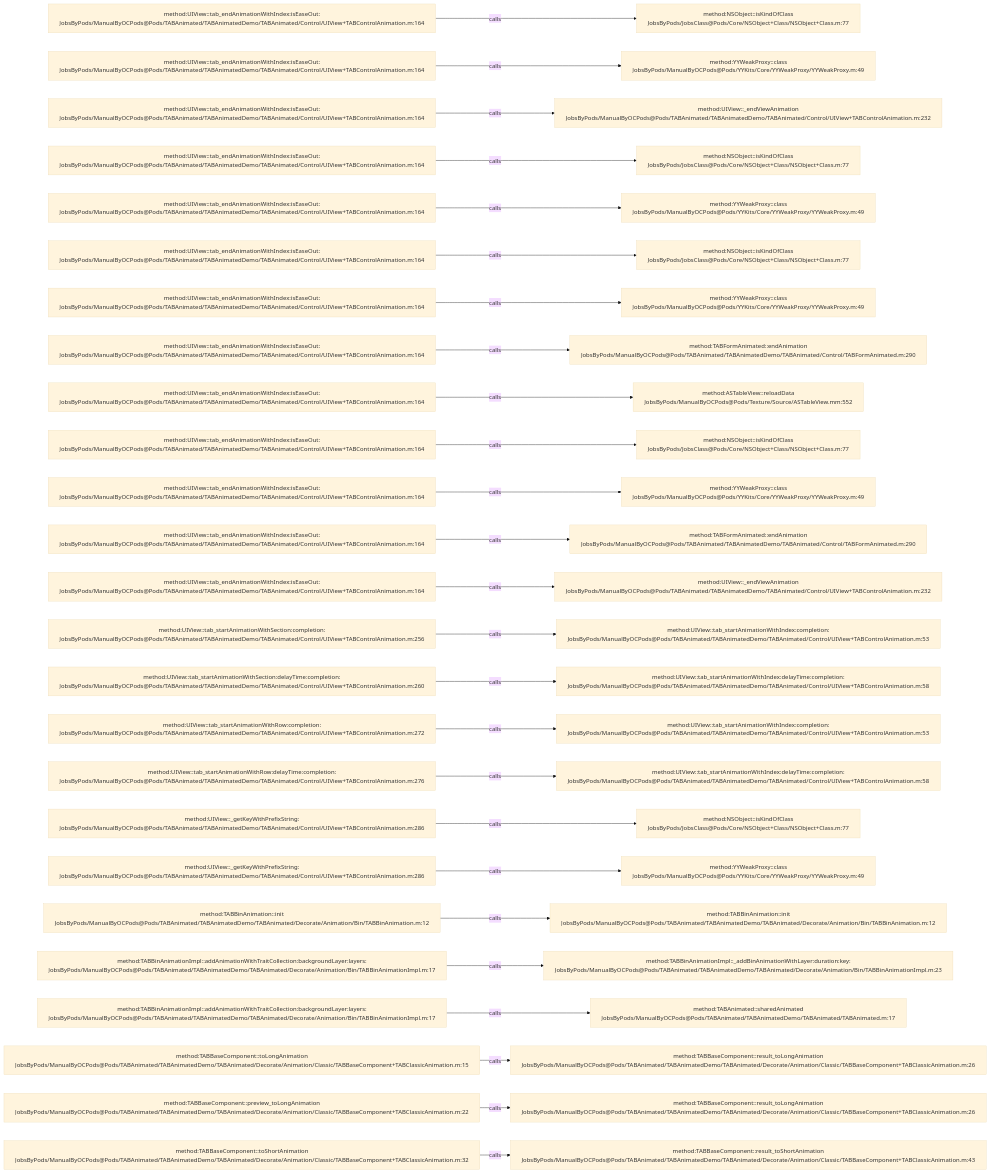
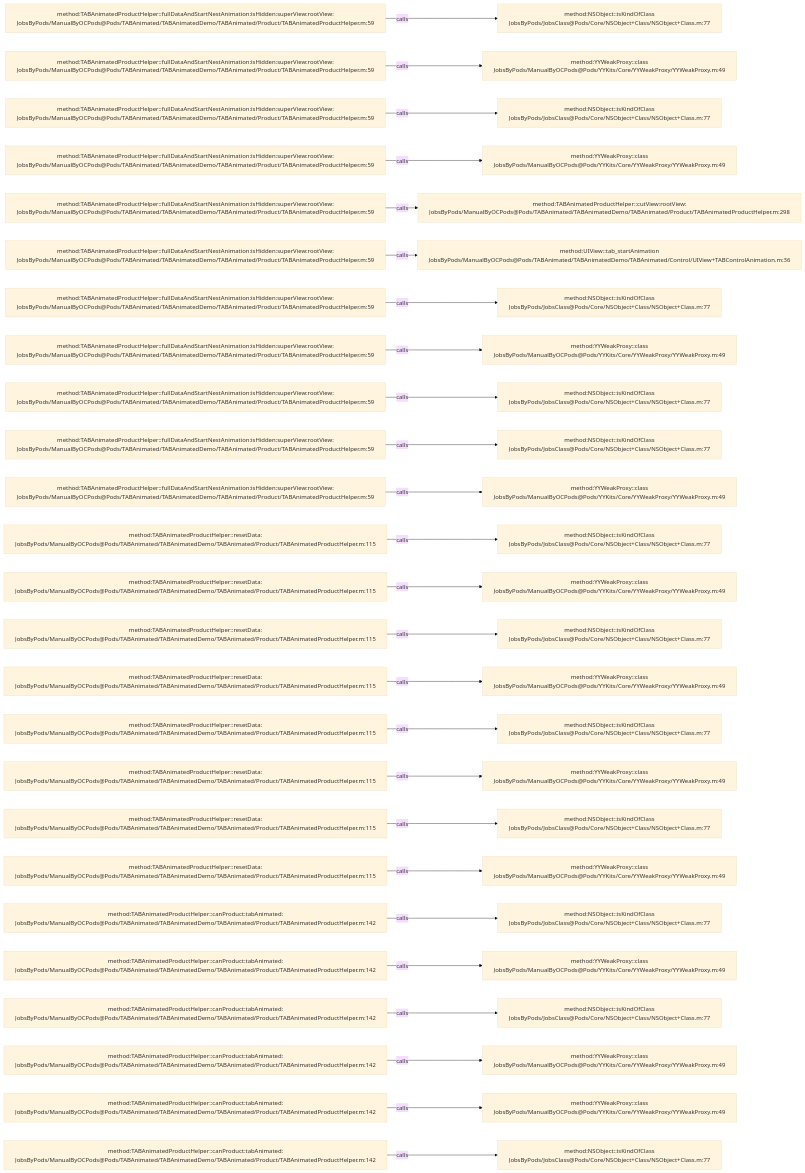
Before and after one commit to JobsKits/JobsOCBaseConfigDemo: the diagram in .codegraph/codegraph.md/graphs/calls-035.md, drawn with Mermaid (base theme). The commit also changed 1223 other files, not shown here.

````diff
--- a/.codegraph/codegraph.md/graphs/calls-035.md
+++ b/.codegraph/codegraph.md/graphs/calls-035.md
@@ -13,78 +13,78 @@
 ```mermaid
 flowchart LR
-  S1["method:UIView::tab_endAnimationWithIndex:isEaseOut:<br/>JobsByPods/ManualByOCPods@Pods/TABAnimated/TABAnimatedDemo/TABAnimated/Control/UIView+TABControlAnimation.m:164"]
+  S1["method:TABAnimatedProductHelper::fullDataAndStartNestAnimation:isHidden:superView:rootView:<br/>JobsByPods/ManualByOCPods@Pods/TABAnimated/TABAnimatedDemo/TABAnimated/Product/TABAnimatedProductHelper.m:59"]
   T1["method:NSObject::isKindOfClass<br/>JobsByPods/JobsClass@Pods/Core/NSObject+Class/NSObject+Class.m:77"]
   S1 -->|calls| T1
-  S2["method:UIView::tab_endAnimationWithIndex:isEaseOut:<br/>JobsByPods/ManualByOCPods@Pods/TABAnimated/TABAnimatedDemo/TABAnimated/Control/UIView+TABControlAnimation.m:164"]
+  S2["method:TABAnimatedProductHelper::fullDataAndStartNestAnimation:isHidden:superView:rootView:<br/>JobsByPods/ManualByOCPods@Pods/TABAnimated/TABAnimatedDemo/TABAnimated/Product/TABAnimatedProductHelper.m:59"]
   T2["method:YYWeakProxy::class<br/>JobsByPods/ManualByOCPods@Pods/YYKits/Core/YYWeakProxy/YYWeakProxy.m:49"]
   S2 -->|calls| T2
-  S3["method:UIView::tab_endAnimationWithIndex:isEaseOut:<br/>JobsByPods/ManualByOCPods@Pods/TABAnimated/TABAnimatedDemo/TABAnimated/Control/UIView+TABControlAnimation.m:164"]
-  T3["method:UIView::_endViewAnimation<br/>JobsByPods/ManualByOCPods@Pods/TABAnimated/TABAnimatedDemo/TABAnimated/Control/UIView+TABControlAnimation.m:232"]
+  S3["method:TABAnimatedProductHelper::fullDataAndStartNestAnimation:isHidden:superView:rootView:<br/>JobsByPods/ManualByOCPods@Pods/TABAnimated/TABAnimatedDemo/TABAnimated/Product/TABAnimatedProductHelper.m:59"]
+  T3["method:NSObject::isKindOfClass<br/>JobsByPods/JobsClass@Pods/Core/NSObject+Class/NSObject+Class.m:77"]
   S3 -->|calls| T3
-  S4["method:UIView::tab_endAnimationWithIndex:isEaseOut:<br/>JobsByPods/ManualByOCPods@Pods/TABAnimated/TABAnimatedDemo/TABAnimated/Control/UIView+TABControlAnimation.m:164"]
-  T4["method:NSObject::isKindOfClass<br/>JobsByPods/JobsClass@Pods/Core/NSObject+Class/NSObject+Class.m:77"]
+  S4["method:TABAnimatedProductHelper::fullDataAndStartNestAnimation:isHidden:superView:rootView:<br/>JobsByPods/ManualByOCPods@Pods/TABAnimated/TABAnimatedDemo/TABAnimated/Product/TABAnimatedProductHelper.m:59"]
+  T4["method:YYWeakProxy::class<br/>JobsByPods/ManualByOCPods@Pods/YYKits/Core/YYWeakProxy/YYWeakProxy.m:49"]
   S4 -->|calls| T4
-  S5["method:UIView::tab_endAnimationWithIndex:isEaseOut:<br/>JobsByPods/ManualByOCPods@Pods/TABAnimated/TABAnimatedDemo/TABAnimated/Control/UIView+TABControlAnimation.m:164"]
-  T5["method:YYWeakProxy::class<br/>JobsByPods/ManualByOCPods@Pods/YYKits/Core/YYWeakProxy/YYWeakProxy.m:49"]
+  S5["method:TABAnimatedProductHelper::fullDataAndStartNestAnimation:isHidden:superView:rootView:<br/>JobsByPods/ManualByOCPods@Pods/TABAnimated/TABAnimatedDemo/TABAnimated/Product/TABAnimatedProductHelper.m:59"]
+  T5["method:TABAnimatedProductHelper::cutView:rootView:<br/>JobsByPods/ManualByOCPods@Pods/TABAnimated/TABAnimatedDemo/TABAnimated/Product/TABAnimatedProductHelper.m:298"]
   S5 -->|calls| T5
-  S6["method:UIView::tab_endAnimationWithIndex:isEaseOut:<br/>JobsByPods/ManualByOCPods@Pods/TABAnimated/TABAnimatedDemo/TABAnimated/Control/UIView+TABControlAnimation.m:164"]
-  T6["method:NSObject::isKindOfClass<br/>JobsByPods/JobsClass@Pods/Core/NSObject+Class/NSObject+Class.m:77"]
+  S6["method:TABAnimatedProductHelper::fullDataAndStartNestAnimation:isHidden:superView:rootView:<br/>JobsByPods/ManualByOCPods@Pods/TABAnimated/TABAnimatedDemo/TABAnimated/Product/TABAnimatedProductHelper.m:59"]
+  T6["method:UIView::tab_startAnimation<br/>JobsByPods/ManualByOCPods@Pods/TABAnimated/TABAnimatedDemo/TABAnimated/Control/UIView+TABControlAnimation.m:36"]
   S6 -->|calls| T6
-  S7["method:UIView::tab_endAnimationWithIndex:isEaseOut:<br/>JobsByPods/ManualByOCPods@Pods/TABAnimated/TABAnimatedDemo/TABAnimated/Control/UIView+TABControlAnimation.m:164"]
-  T7["method:YYWeakProxy::class<br/>JobsByPods/ManualByOCPods@Pods/YYKits/Core/YYWeakProxy/YYWeakProxy.m:49"]
+  S7["method:TABAnimatedProductHelper::fullDataAndStartNestAnimation:isHidden:superView:rootView:<br/>JobsByPods/ManualByOCPods@Pods/TABAnimated/TABAnimatedDemo/TABAnimated/Product/TABAnimatedProductHelper.m:59"]
+  T7["method:NSObject::isKindOfClass<br/>JobsByPods/JobsClass@Pods/Core/NSObject+Class/NSObject+Class.m:77"]
   S7 -->|calls| T7
-  S8["method:UIView::tab_endAnimationWithIndex:isEaseOut:<br/>JobsByPods/ManualByOCPods@Pods/TABAnimated/TABAnimatedDemo/TABAnimated/Control/UIView+TABControlAnimation.m:164"]
-  T8["method:TABFormAnimated::endAnimation<br/>JobsByPods/ManualByOCPods@Pods/TABAnimated/TABAnimatedDemo/TABAnimated/Control/TABFormAnimated.m:290"]
+  S8["method:TABAnimatedProductHelper::fullDataAndStartNestAnimation:isHidden:superView:rootView:<br/>JobsByPods/ManualByOCPods@Pods/TABAnimated/TABAnimatedDemo/TABAnimated/Product/TABAnimatedProductHelper.m:59"]
+  T8["method:YYWeakProxy::class<br/>JobsByPods/ManualByOCPods@Pods/YYKits/Core/YYWeakProxy/YYWeakProxy.m:49"]
   S8 -->|calls| T8
-  S9["method:UIView::tab_endAnimationWithIndex:isEaseOut:<br/>JobsByPods/ManualByOCPods@Pods/TABAnimated/TABAnimatedDemo/TABAnimated/Control/UIView+TABControlAnimation.m:164"]
-  T9["method:ASTableView::reloadData<br/>JobsByPods/ManualByOCPods@Pods/Texture/Source/ASTableView.mm:552"]
+  S9["method:TABAnimatedProductHelper::fullDataAndStartNestAnimation:isHidden:superView:rootView:<br/>JobsByPods/ManualByOCPods@Pods/TABAnimated/TABAnimatedDemo/TABAnimated/Product/TABAnimatedProductHelper.m:59"]
+  T9["method:NSObject::isKindOfClass<br/>JobsByPods/JobsClass@Pods/Core/NSObject+Class/NSObject+Class.m:77"]
   S9 -->|calls| T9
-  S10["method:UIView::tab_endAnimationWithIndex:isEaseOut:<br/>JobsByPods/ManualByOCPods@Pods/TABAnimated/TABAnimatedDemo/TABAnimated/Control/UIView+TABControlAnimation.m:164"]
+  S10["method:TABAnimatedProductHelper::fullDataAndStartNestAnimation:isHidden:superView:rootView:<br/>JobsByPods/ManualByOCPods@Pods/TABAnimated/TABAnimatedDemo/TABAnimated/Product/TABAnimatedProductHelper.m:59"]
   T10["method:NSObject::isKindOfClass<br/>JobsByPods/JobsClass@Pods/Core/NSObject+Class/NSObject+Class.m:77"]
   S10 -->|calls| T10
-  S11["method:UIView::tab_endAnimationWithIndex:isEaseOut:<br/>JobsByPods/ManualByOCPods@Pods/TABAnimated/TABAnimatedDemo/TABAnimated/Control/UIView+TABControlAnimation.m:164"]
+  S11["method:TABAnimatedProductHelper::fullDataAndStartNestAnimation:isHidden:superView:rootView:<br/>JobsByPods/ManualByOCPods@Pods/TABAnimated/TABAnimatedDemo/TABAnimated/Product/TABAnimatedProductHelper.m:59"]
   T11["method:YYWeakProxy::class<br/>JobsByPods/ManualByOCPods@Pods/YYKits/Core/YYWeakProxy/YYWeakProxy.m:49"]
   S11 -->|calls| T11
-  S12["method:UIView::tab_endAnimationWithIndex:isEaseOut:<br/>JobsByPods/ManualByOCPods@Pods/TABAnimated/TABAnimatedDemo/TABAnimated/Control/UIView+TABControlAnimation.m:164"]
-  T12["method:TABFormAnimated::endAnimation<br/>JobsByPods/ManualByOCPods@Pods/TABAnimated/TABAnimatedDemo/TABAnimated/Control/TABFormAnimated.m:290"]
+  S12["method:TABAnimatedProductHelper::resetData:<br/>JobsByPods/ManualByOCPods@Pods/TABAnimated/TABAnimatedDemo/TABAnimated/Product/TABAnimatedProductHelper.m:115"]
+  T12["method:NSObject::isKindOfClass<br/>JobsByPods/JobsClass@Pods/Core/NSObject+Class/NSObject+Class.m:77"]
   S12 -->|calls| T12
-  S13["method:UIView::tab_endAnimationWithIndex:isEaseOut:<br/>JobsByPods/ManualByOCPods@Pods/TABAnimated/TABAnimatedDemo/TABAnimated/Control/UIView+TABControlAnimation.m:164"]
-  T13["method:UIView::_endViewAnimation<br/>JobsByPods/ManualByOCPods@Pods/TABAnimated/TABAnimatedDemo/TABAnimated/Control/UIView+TABControlAnimation.m:232"]
+  S13["method:TABAnimatedProductHelper::resetData:<br/>JobsByPods/ManualByOCPods@Pods/TABAnimated/TABAnimatedDemo/TABAnimated/Product/TABAnimatedProductHelper.m:115"]
+  T13["method:YYWeakProxy::class<br/>JobsByPods/ManualByOCPods@Pods/YYKits/Core/YYWeakProxy/YYWeakProxy.m:49"]
   S13 -->|calls| T13
-  S14["method:UIView::tab_startAnimationWithSection:completion:<br/>JobsByPods/ManualByOCPods@Pods/TABAnimated/TABAnimatedDemo/TABAnimated/Control/UIView+TABControlAnimation.m:256"]
-  T14["method:UIView::tab_startAnimationWithIndex:completion:<br/>JobsByPods/ManualByOCPods@Pods/TABAnimated/TABAnimatedDemo/TABAnimated/Control/UIView+TABControlAnimation.m:53"]
+  S14["method:TABAnimatedProductHelper::resetData:<br/>JobsByPods/ManualByOCPods@Pods/TABAnimated/TABAnimatedDemo/TABAnimated/Product/TABAnimatedProductHelper.m:115"]
+  T14["method:NSObject::isKindOfClass<br/>JobsByPods/JobsClass@Pods/Core/NSObject+Class/NSObject+Class.m:77"]
   S14 -->|calls| T14
-  S15["method:UIView::tab_startAnimationWithSection:delayTime:completion:<br/>JobsByPods/ManualByOCPods@Pods/TABAnimated/TABAnimatedDemo/TABAnimated/Control/UIView+TABControlAnimation.m:260"]
-  T15["method:UIView::tab_startAnimationWithIndex:delayTime:completion:<br/>JobsByPods/ManualByOCPods@Pods/TABAnimated/TABAnimatedDemo/TABAnimated/Control/UIView+TABControlAnimation.m:58"]
+  S15["method:TABAnimatedProductHelper::resetData:<br/>JobsByPods/ManualByOCPods@Pods/TABAnimated/TABAnimatedDemo/TABAnimated/Product/TABAnimatedProductHelper.m:115"]
+  T15["method:YYWeakProxy::class<br/>JobsByPods/ManualByOCPods@Pods/YYKits/Core/YYWeakProxy/YYWeakProxy.m:49"]
   S15 -->|calls| T15
-  S16["method:UIView::tab_startAnimationWithRow:completion:<br/>JobsByPods/ManualByOCPods@Pods/TABAnimated/TABAnimatedDemo/TABAnimated/Control/UIView+TABControlAnimation.m:272"]
-  T16["method:UIView::tab_startAnimationWithIndex:completion:<br/>JobsByPods/ManualByOCPods@Pods/TABAnimated/TABAnimatedDemo/TABAnimated/Control/UIView+TABControlAnimation.m:53"]
+  S16["method:TABAnimatedProductHelper::resetData:<br/>JobsByPods/ManualByOCPods@Pods/TABAnimated/TABAnimatedDemo/TABAnimated/Product/TABAnimatedProductHelper.m:115"]
+  T16["method:NSObject::isKindOfClass<br/>JobsByPods/JobsClass@Pods/Core/NSObject+Class/NSObject+Class.m:77"]
   S16 -->|calls| T16
-  S17["method:UIView::tab_startAnimationWithRow:delayTime:completion:<br/>JobsByPods/ManualByOCPods@Pods/TABAnimated/TABAnimatedDemo/TABAnimated/Control/UIView+TABControlAnimation.m:276"]
-  T17["method:UIView::tab_startAnimationWithIndex:delayTime:completion:<br/>JobsByPods/ManualByOCPods@Pods/TABAnimated/TABAnimatedDemo/TABAnimated/Control/UIView+TABControlAnimation.m:58"]
+  S17["method:TABAnimatedProductHelper::resetData:<br/>JobsByPods/ManualByOCPods@Pods/TABAnimated/TABAnimatedDemo/TABAnimated/Product/TABAnimatedProductHelper.m:115"]
+  T17["method:YYWeakProxy::class<br/>JobsByPods/ManualByOCPods@Pods/YYKits/Core/YYWeakProxy/YYWeakProxy.m:49"]
   S17 -->|calls| T17
-  S18["method:UIView::_getKeyWithPrefixString:<br/>JobsByPods/ManualByOCPods@Pods/TABAnimated/TABAnimatedDemo/TABAnimated/Control/UIView+TABControlAnimation.m:286"]
+  S18["method:TABAnimatedProductHelper::resetData:<br/>JobsByPods/ManualByOCPods@Pods/TABAnimated/TABAnimatedDemo/TABAnimated/Product/TABAnimatedProductHelper.m:115"]
   T18["method:NSObject::isKindOfClass<br/>JobsByPods/JobsClass@Pods/Core/NSObject+Class/NSObject+Class.m:77"]
   S18 -->|calls| T18
-  S19["method:UIView::_getKeyWithPrefixString:<br/>JobsByPods/ManualByOCPods@Pods/TABAnimated/TABAnimatedDemo/TABAnimated/Control/UIView+TABControlAnimation.m:286"]
+  S19["method:TABAnimatedProductHelper::resetData:<br/>JobsByPods/ManualByOCPods@Pods/TABAnimated/TABAnimatedDemo/TABAnimated/Product/TABAnimatedProductHelper.m:115"]
   T19["method:YYWeakProxy::class<br/>JobsByPods/ManualByOCPods@Pods/YYKits/Core/YYWeakProxy/YYWeakProxy.m:49"]
   S19 -->|calls| T19
-  S20["method:TABBinAnimation::init<br/>JobsByPods/ManualByOCPods@Pods/TABAnimated/TABAnimatedDemo/TABAnimated/Decorate/Animation/Bin/TABBinAnimation.m:12"]
-  T20["method:TABBinAnimation::init<br/>JobsByPods/ManualByOCPods@Pods/TABAnimated/TABAnimatedDemo/TABAnimated/Decorate/Animation/Bin/TABBinAnimation.m:12"]
+  S20["method:TABAnimatedProductHelper::canProduct:tabAnimated:<br/>JobsByPods/ManualByOCPods@Pods/TABAnimated/TABAnimatedDemo/TABAnimated/Product/TABAnimatedProductHelper.m:142"]
+  T20["method:NSObject::isKindOfClass<br/>JobsByPods/JobsClass@Pods/Core/NSObject+Class/NSObject+Class.m:77"]
   S20 -->|calls| T20
-  S21["method:TABBinAnimationImpl::addAnimationWithTraitCollection:backgroundLayer:layers:<br/>JobsByPods/ManualByOCPods@Pods/TABAnimated/TABAnimatedDemo/TABAnimated/Decorate/Animation/Bin/TABBinAnimationImpl.m:17"]
-  T21["method:TABBinAnimationImpl::_addBinAnimationWithLayer:duration:key:<br/>JobsByPods/ManualByOCPods@Pods/TABAnimated/TABAnimatedDemo/TABAnimated/Decorate/Animation/Bin/TABBinAnimationImpl.m:23"]
+  S21["method:TABAnimatedProductHelper::canProduct:tabAnimated:<br/>JobsByPods/ManualByOCPods@Pods/TABAnimated/TABAnimatedDemo/TABAnimated/Product/TABAnimatedProductHelper.m:142"]
+  T21["method:YYWeakProxy::class<br/>JobsByPods/ManualByOCPods@Pods/YYKits/Core/YYWeakProxy/YYWeakProxy.m:49"]
   S21 -->|calls| T21
-  S22["method:TABBinAnimationImpl::addAnimationWithTraitCollection:backgroundLayer:layers:<br/>JobsByPods/ManualByOCPods@Pods/TABAnimated/TABAnimatedDemo/TABAnimated/Decorate/Animation/Bin/TABBinAnimationImpl.m:17"]
-  T22["method:TABAnimated::sharedAnimated<br/>JobsByPods/ManualByOCPods@Pods/TABAnimated/TABAnimatedDemo/TABAnimated/TABAnimated.m:17"]
+  S22["method:TABAnimatedProductHelper::canProduct:tabAnimated:<br/>JobsByPods/ManualByOCPods@Pods/TABAnimated/TABAnimatedDemo/TABAnimated/Product/TABAnimatedProductHelper.m:142"]
+  T22["method:NSObject::isKindOfClass<br/>JobsByPods/JobsClass@Pods/Core/NSObject+Class/NSObject+Class.m:77"]
   S22 -->|calls| T22
-  S23["method:TABBaseComponent::toLongAnimation<br/>JobsByPods/ManualByOCPods@Pods/TABAnimated/TABAnimatedDemo/TABAnimated/Decorate/Animation/Classic/TABBaseComponent+TABClassicAnimation.m:15"]
-  T23["method:TABBaseComponent::result_toLongAnimation<br/>JobsByPods/ManualByOCPods@Pods/TABAnimated/TABAnimatedDemo/TABAnimated/Decorate/Animation/Classic/TABBaseComponent+TABClassicAnimation.m:26"]
+  S23["method:TABAnimatedProductHelper::canProduct:tabAnimated:<br/>JobsByPods/ManualByOCPods@Pods/TABAnimated/TABAnimatedDemo/TABAnimated/Product/TABAnimatedProductHelper.m:142"]
+  T23["method:YYWeakProxy::class<br/>JobsByPods/ManualByOCPods@Pods/YYKits/Core/YYWeakProxy/YYWeakProxy.m:49"]
   S23 -->|calls| T23
-  S24["method:TABBaseComponent::preview_toLongAnimation<br/>JobsByPods/ManualByOCPods@Pods/TABAnimated/TABAnimatedDemo/TABAnimated/Decorate/Animation/Classic/TABBaseComponent+TABClassicAnimation.m:22"]
-  T24["method:TABBaseComponent::result_toLongAnimation<br/>JobsByPods/ManualByOCPods@Pods/TABAnimated/TABAnimatedDemo/TABAnimated/Decorate/Animation/Classic/TABBaseComponent+TABClassicAnimation.m:26"]
+  S24["method:TABAnimatedProductHelper::canProduct:tabAnimated:<br/>JobsByPods/ManualByOCPods@Pods/TABAnimated/TABAnimatedDemo/TABAnimated/Product/TABAnimatedProductHelper.m:142"]
+  T24["method:YYWeakProxy::class<br/>JobsByPods/ManualByOCPods@Pods/YYKits/Core/YYWeakProxy/YYWeakProxy.m:49"]
   S24 -->|calls| T24
-  S25["method:TABBaseComponent::toShortAnimation<br/>JobsByPods/ManualByOCPods@Pods/TABAnimated/TABAnimatedDemo/TABAnimated/Decorate/Animation/Classic/TABBaseComponent+TABClassicAnimation.m:32"]
-  T25["method:TABBaseComponent::result_toShortAnimation<br/>JobsByPods/ManualByOCPods@Pods/TABAnimated/TABAnimatedDemo/TABAnimated/Decorate/Animation/Classic/TABBaseComponent+TABClassicAnimation.m:43"]
+  S25["method:TABAnimatedProductHelper::canProduct:tabAnimated:<br/>JobsByPods/ManualByOCPods@Pods/TABAnimated/TABAnimatedDemo/TABAnimated/Product/TABAnimatedProductHelper.m:142"]
+  T25["method:NSObject::isKindOfClass<br/>JobsByPods/JobsClass@Pods/Core/NSObject+Class/NSObject+Class.m:77"]
   S25 -->|calls| T25
 ```
````
